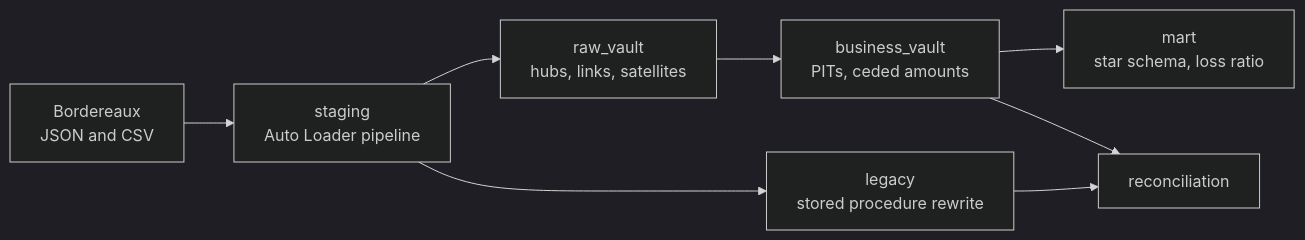
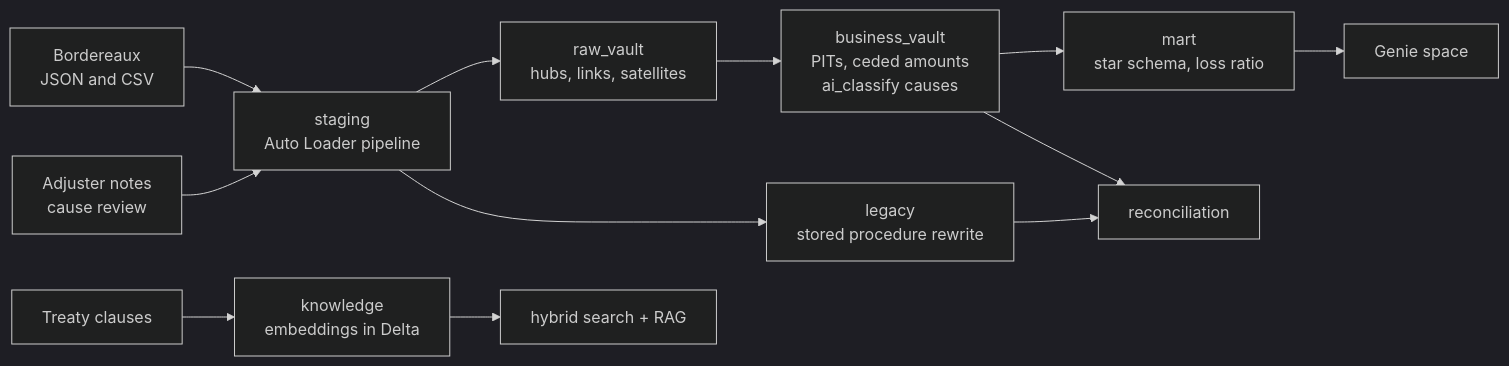
The diagram in README.md (ManuSan67/reinsurance-data-vault), drawn with Mermaid (dark theme) before and after one commit. The commit also changed other lines of this file and 2 other files, not shown here.

Commit message:
Add RAG to the job, grants for the risk team and AI section in README

````diff
--- a/README.md
+++ b/README.md
@@ -11,10 +11,14 @@
-```mermaid
+~~~mermaid
 flowchart LR
     A[Bordereaux<br/>JSON and CSV] --> B[staging<br/>Auto Loader pipeline]
+    N[Adjuster notes<br/>cause review] --> B
     B --> C[raw_vault<br/>hubs, links, satellites]
-    C --> D[business_vault<br/>PITs, ceded amounts]
+    C --> D[business_vault<br/>PITs, ceded amounts<br/>ai_classify causes]
     D --> E[mart<br/>star schema, loss ratio]
+    E --> H[Genie space]
     B --> F[legacy<br/>stored procedure rewrite]
     F --> G[reconciliation]
     D --> G
-```
+    W[Treaty clauses] --> K[knowledge<br/>embeddings in Delta]
+    K --> R[hybrid search + RAG]
+~~~
````
